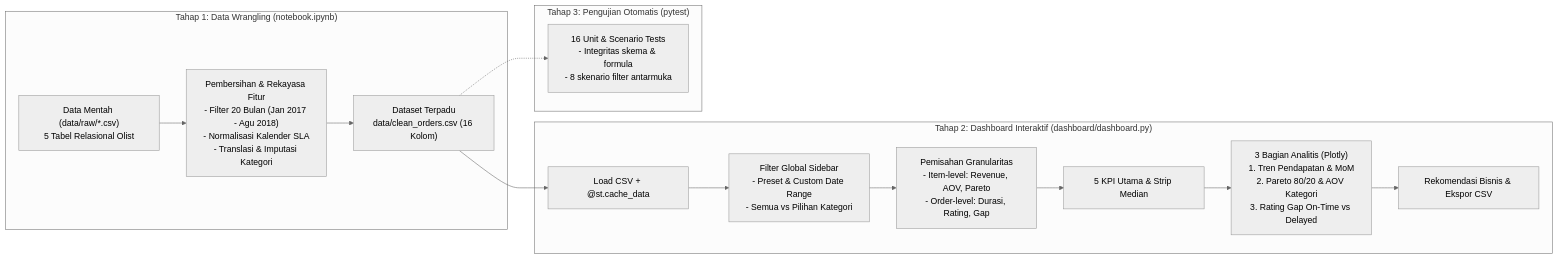
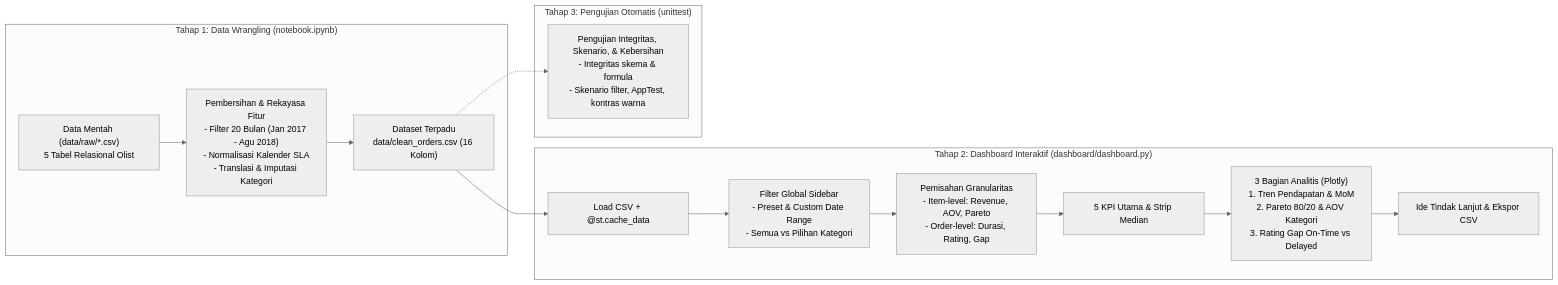
Before and after one commit to areswijaya/ecommerce-insight-dashboard: the diagram in docs/architecture.md, drawn with Mermaid (neutral theme). The commit also changed other lines of this file and 10 other files, not shown here.

````diff
--- a/docs/architecture.md
+++ b/docs/architecture.md
@@ -11,20 +9,20 @@
 ```mermaid
 flowchart LR
     subgraph Tier1 ["Tahap 1: Data Wrangling (notebook.ipynb)"]
         Raw["Data Mentah (data/raw/*.csv)<br/>5 Tabel Relasional Olist"] --> Wrangling["Pembersihan & Rekayasa Fitur<br/>- Filter 20 Bulan (Jan 2017 - Agu 2018)<br/>- Normalisasi Kalender SLA<br/>- Translasi & Imputasi Kategori"]
         Wrangling --> Export["Dataset Terpadu<br/>data/clean_orders.csv (16 Kolom)"]
     end
 
     subgraph Tier2 ["Tahap 2: Dashboard Interaktif (dashboard/dashboard.py)"]
         Export --> LoadCache["Load CSV + @st.cache_data"]
         LoadCache --> SidebarFilters["Filter Global Sidebar<br/>- Preset & Custom Date Range<br/>- Semua vs Pilihan Kategori"]
         SidebarFilters --> Granularity["Pemisahan Granularitas<br/>- Item-level: Revenue, AOV, Pareto<br/>- Order-level: Durasi, Rating, Gap"]
         Granularity --> KPIRibbon["5 KPI Utama & Strip Median"]
         KPIRibbon --> Visualizations["3 Bagian Analitis (Plotly)<br/>1. Tren Pendapatan & MoM<br/>2. Pareto 80/20 & AOV Kategori<br/>3. Rating Gap On-Time vs Delayed"]
-        Visualizations --> Playbook["Rekomendasi Bisnis & Ekspor CSV"]
+        Visualizations --> Playbook["Ide Tindak Lanjut & Ekspor CSV"]
     end
 
-    subgraph QualityAssurance ["Tahap 3: Pengujian Otomatis (pytest)"]
-        Export -.-> QA["16 Unit & Scenario Tests<br/>- Integritas skema & formula<br/>- 8 skenario filter antarmuka"]
+    subgraph QualityAssurance ["Tahap 3: Pengujian Otomatis (unittest)"]
+        Export -.-> QA["Pengujian Integritas, Skenario, & Kebersihan<br/>- Integritas skema & formula<br/>- Skenario filter, AppTest, kontras warna"]
     end
 ```
````
